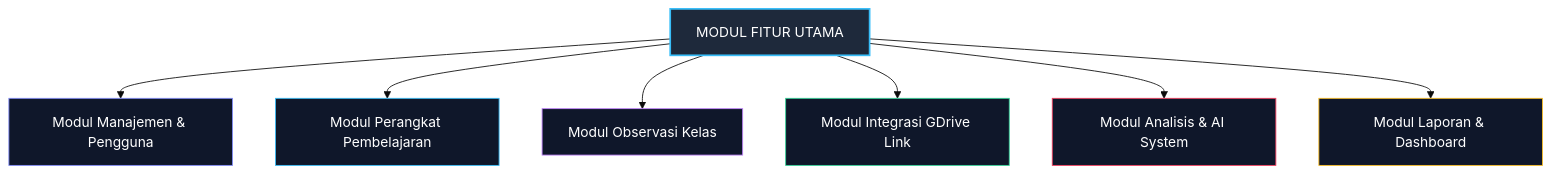
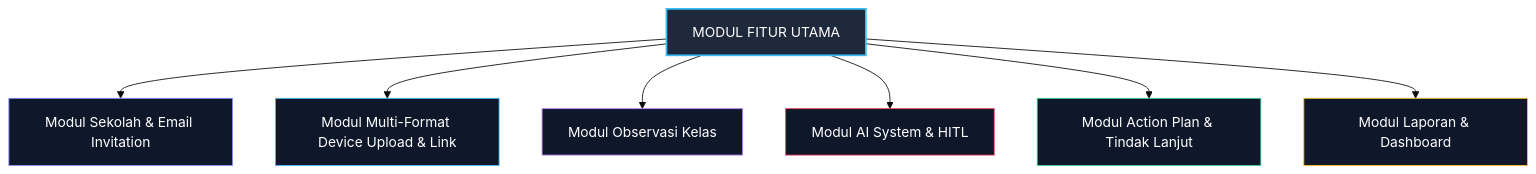
One commit to Hnzsama/supervisi_sekolah changed the diagram in docs/04-modul-fitur.md. Above: the diagram before and after it, drawn with Mermaid (base theme). The commit also changed other lines of this file and 13 other files, not shown here.

Commit message:
docs: perbarui dokumentasi upload berkas multiformat dan alur pendaftaran user via email invitation

````diff
--- a/docs/04-modul-fitur.md
+++ b/docs/04-modul-fitur.md
@@ -7,18 +7,18 @@
 ```mermaid
 graph TD
     M[MODUL FITUR UTAMA]
-    M --> M1[Modul Manajemen & Pengguna]
-    M --> M2[Modul Perangkat Pembelajaran]
+    M --> M1[Modul Sekolah & Email Invitation]
+    M --> M2[Modul Multi-Format Device Upload & Link]
     M --> M3[Modul Observasi Kelas]
-    M --> M4[Modul Integrasi GDrive Link]
-    M --> M5[Modul Analisis & AI System]
+    M --> M4[Modul AI System & HITL]
+    M --> M5[Modul Action Plan & Tindak Lanjut]
     M --> M6[Modul Laporan & Dashboard]
 
     style M fill:#1e293b,stroke:#38bdf8,stroke-width:2px,color:#fff
     style M1 fill:#0f172a,stroke:#818cf8,color:#fff
     style M2 fill:#0f172a,stroke:#38bdf8,color:#fff
     style M3 fill:#0f172a,stroke:#c084fc,color:#fff
-    style M4 fill:#0f172a,stroke:#34d399,color:#fff
-    style M5 fill:#0f172a,stroke:#f43f5e,color:#fff
+    style M4 fill:#0f172a,stroke:#f43f5e,color:#fff
+    style M5 fill:#0f172a,stroke:#34d399,color:#fff
     style M6 fill:#0f172a,stroke:#fbbf24,color:#fff
 ```
````
